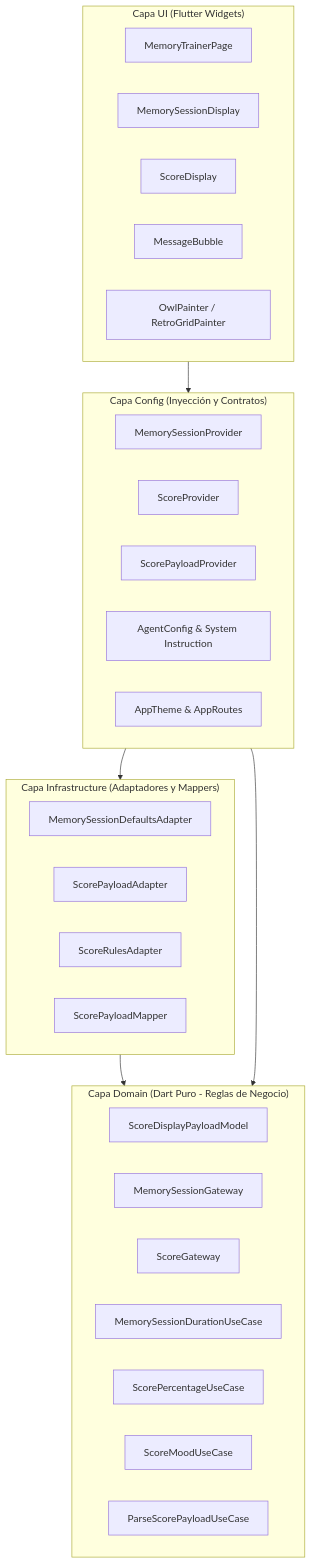
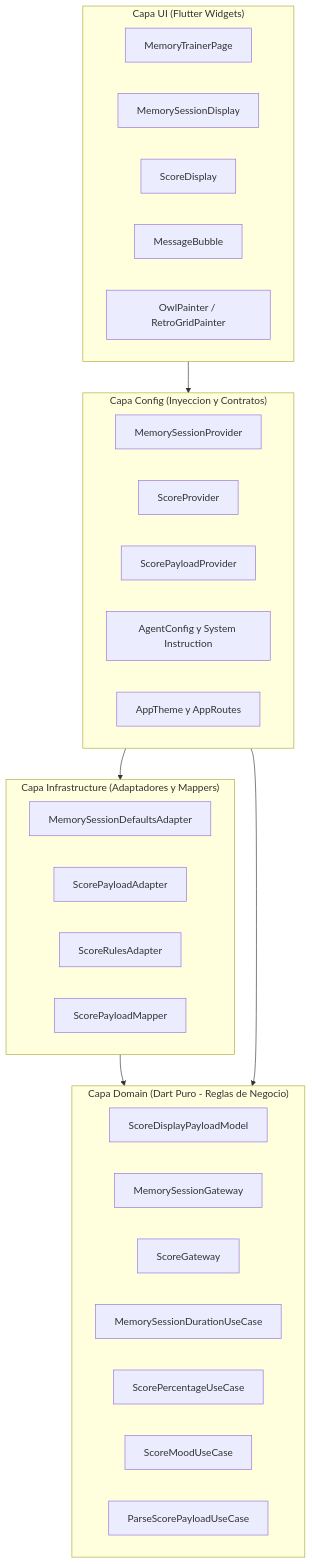
The diagram in documentation/docs/02-architecture/01-overview.md (weincoder/intro_to_genui), drawn with Mermaid before and after one commit. The commit also changed 8 other files, not shown here.

Commit message:
fix(docs): enable @docusaurus/theme-mermaid and sanitize diagram syntax

````diff
--- a/documentation/docs/02-architecture/01-overview.md
+++ b/documentation/docs/02-architecture/01-overview.md
@@ -21,40 +21,40 @@
 ```mermaid
 graph TD
     subgraph UI ["Capa UI (Flutter Widgets)"]
-        Page[MemoryTrainerPage]
-        W1[MemorySessionDisplay]
-        W2[ScoreDisplay]
-        W3[MessageBubble]
-        Paint[OwlPainter / RetroGridPainter]
+        Page["MemoryTrainerPage"]
+        W1["MemorySessionDisplay"]
+        W2["ScoreDisplay"]
+        W3["MessageBubble"]
+        Paint["OwlPainter / RetroGridPainter"]
     end
 
-    subgraph Config ["Capa Config (Inyección y Contratos)"]
-        P1[MemorySessionProvider]
-        P2[ScoreProvider]
-        P3[ScorePayloadProvider]
-        AgentCfg[AgentConfig & System Instruction]
-        Theme[AppTheme & AppRoutes]
+    subgraph Config ["Capa Config (Inyeccion y Contratos)"]
+        P1["MemorySessionProvider"]
+        P2["ScoreProvider"]
+        P3["ScorePayloadProvider"]
+        AgentCfg["AgentConfig y System Instruction"]
+        Theme["AppTheme y AppRoutes"]
     end
 
     subgraph Infrastructure ["Capa Infrastructure (Adaptadores y Mappers)"]
-        A1[MemorySessionDefaultsAdapter]
-        A2[ScorePayloadAdapter]
-        A3[ScoreRulesAdapter]
-        M1[ScorePayloadMapper]
+        A1["MemorySessionDefaultsAdapter"]
+        A2["ScorePayloadAdapter"]
+        A3["ScoreRulesAdapter"]
+        M1["ScorePayloadMapper"]
     end
 
     subgraph Domain ["Capa Domain (Dart Puro - Reglas de Negocio)"]
-        MScore[ScoreDisplayPayloadModel]
-        GSession[MemorySessionGateway]
-        GScore[ScoreGateway]
-        UC1[MemorySessionDurationUseCase]
-        UC2[ScorePercentageUseCase]
-        UC3[ScoreMoodUseCase]
-        UC4[ParseScorePayloadUseCase]
+        MScore["ScoreDisplayPayloadModel"]
+        GSession["MemorySessionGateway"]
+        GScore["ScoreGateway"]
+        UC1["MemorySessionDurationUseCase"]
+        UC2["ScorePercentageUseCase"]
+        UC3["ScoreMoodUseCase"]
+        UC4["ParseScorePayloadUseCase"]
     end
 
     UI --> Config
     Config --> Infrastructure
     Infrastructure --> Domain
     Config --> Domain
 ```
````
